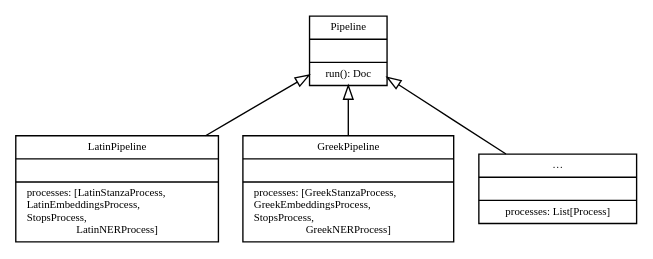
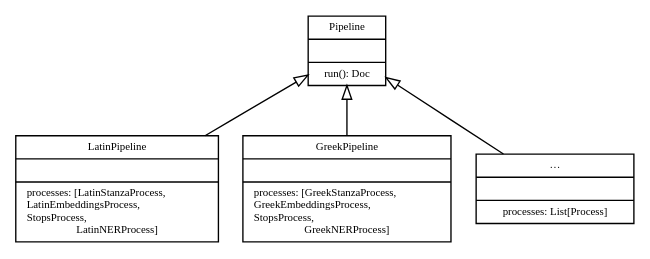
Before and after one commit to cltk/cltk: the second of 2 diagrams in docs/pipelines.rst, drawn with Graphviz. The commit also changed other lines of this file and 4 other files, not shown here.

```diff
--- a/docs/pipelines.rst
+++ b/docs/pipelines.rst
@@ -81,37 +81,37 @@
 .. graphviz::
    :caption: Inheritance of ``Pipeline`` class.
 
    digraph Pipeline {
      fontname = "Bitstream Vera Sans"
      fontsize = 8
 
      node [
        fontname = "Bitstream Vera Sans"
        fontsize = 8
        shape = "record"
      ]
 
      edge [
        arrowtail = "empty"
      ]
 
      Pipeline [
        label = "{Pipeline|\l| run(): Doc}"
      ]
 
      LatinPipeline [
        label = "{LatinPipeline|\l|processes: [LatinStanzaProcess,\l LatinEmbeddingsProcess,\l StopsProcess,\l LatinNERProcess]}"
      ]
 
      GreekPipeline [
-       label = "{GreekPipeline|\l|processes: [GreekStanzaProcess, \l GreekEmbeddingsProcess,\l StopsProcess,\l GreekNERProcess]}"
+       label = "{GreekPipeline|\l|processes: [GreekStanzaProcess,\l GreekEmbeddingsProcess,\l StopsProcess,\l GreekNERProcess]}"
      ]
 
      EtcPipeline [
        label = "{…|\l|processes: List[Process]}"
      ]
 
      Pipeline -> LatinPipeline [dir=back]
      Pipeline -> GreekPipeline [dir=back]
      Pipeline -> EtcPipeline [dir=back]
    }
```
